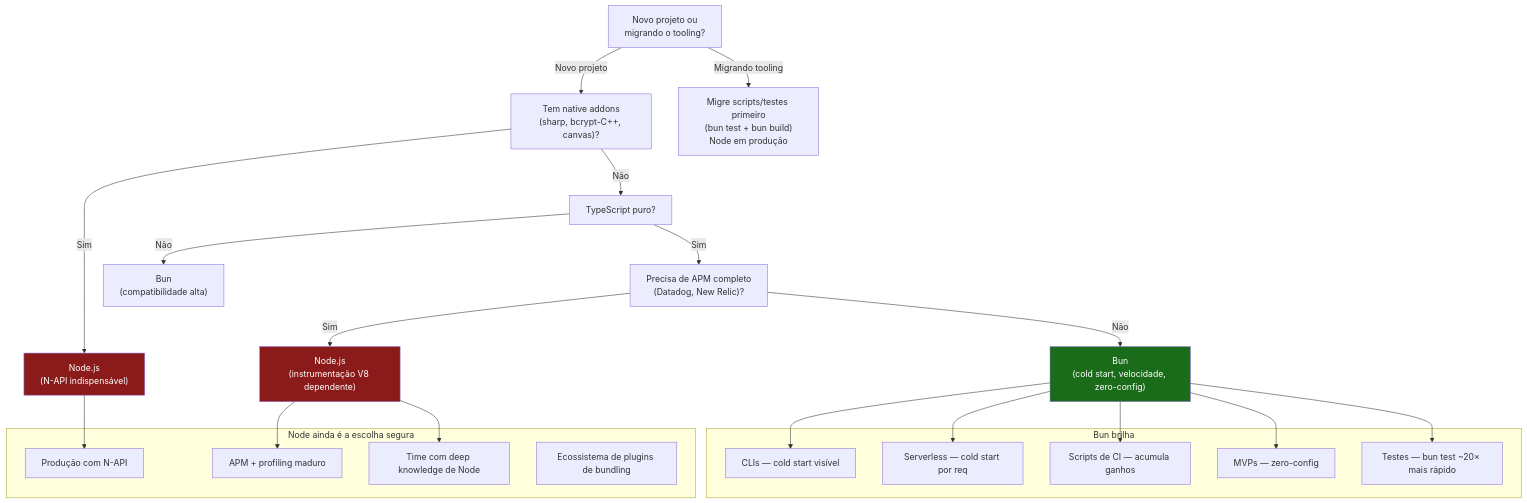
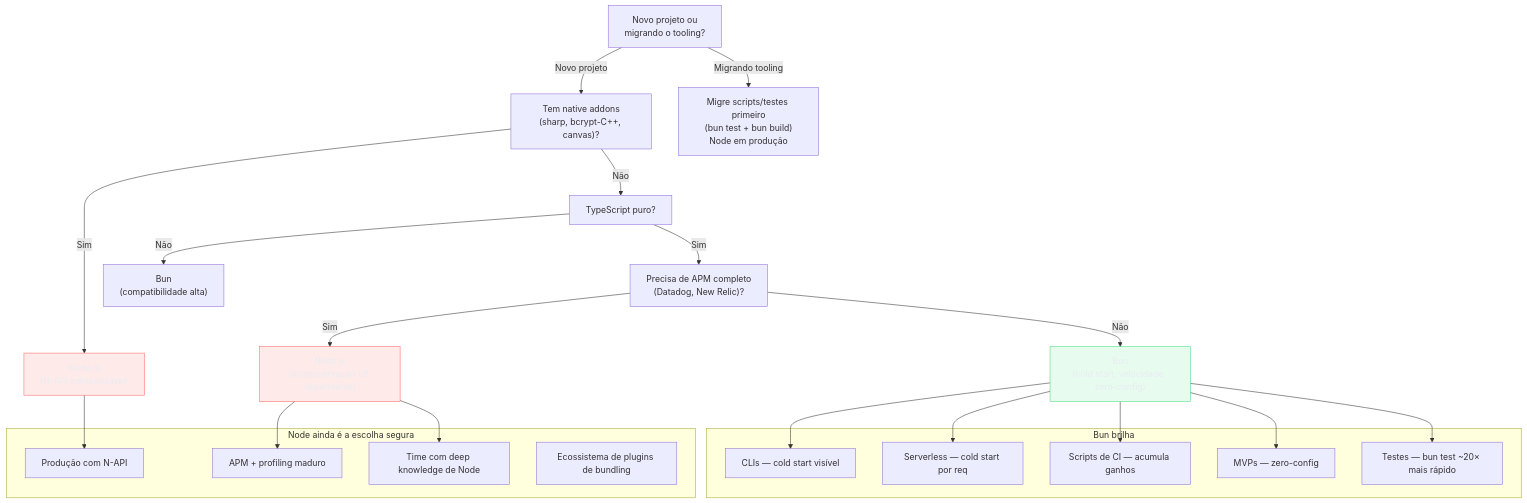
Before and after one commit to josenaldo/codex-technomanticus: the eighth of 8 diagrams in 03-Dominios/Tecnologia/Tooling e Build/20 - Bun como runtime e toolkit all-in-one.md, drawn with Mermaid. The commit also changed other lines of this file and 1181 other files, not shown here.

First line of the commit message:
fix(diagramas): paleta do sistema no lugar de cor cravada no markdown

````diff
--- a/03-Dominios/Tecnologia/Tooling e Build/20 - Bun como runtime e toolkit all-in-one.md
+++ b/03-Dominios/Tecnologia/Tooling e Build/20 - Bun como runtime e toolkit all-in-one.md
@@ -932,45 +934,47 @@
 ```mermaid
 flowchart TD
+    classDef ok fill:#4ADE8021,stroke:#4ADE80,color:#E9ECF2
+    classDef falha fill:#FF6B6B24,stroke:#FF6B6B,color:#E9ECF2
     A["Novo projeto ou\nmigrando o tooling?"]
 
     A -->|"Novo projeto"| B["Tem native addons\n(sharp, bcrypt-C++, canvas)?"]
     A -->|"Migrando tooling"| M["Migre scripts/testes primeiro\n(bun test + bun build)\nNode em produção"]
 
     B -->|"Sim"| C["Node.js\n(N-API indispensável)"]
     B -->|"Não"| D["TypeScript puro?"]
 
     D -->|"Sim"| E["Precisa de APM completo\n(Datadog, New Relic)?"]
     D -->|"Não"| F["Bun\n(compatibilidade alta)"]
 
     E -->|"Sim"| G["Node.js\n(instrumentação V8 dependente)"]
     E -->|"Não"| H["Bun\n(cold start, velocidade, zero-config)"]
 
     subgraph "Bun brilha"
         H1["CLIs — cold start visível"]
         H2["Serverless — cold start por req"]
         H3["Scripts de CI — acumula ganhos"]
         H4["MVPs — zero-config"]
         H5["Testes — bun test ~20× mais rápido"]
     end
 
     subgraph "Node ainda é a escolha segura"
         G1["Produção com N-API"]
         G2["APM + profiling maduro"]
         G3["Time com deep knowledge de Node"]
         G4["Ecossistema de plugins de bundling"]
     end
 
     H --> H1
     H --> H2
     H --> H3
     H --> H4
     H --> H5
 
     C --> G1
     G --> G2
     G --> G3
 
-    style H fill:#1a6b1a,color:#fff
-    style C fill:#8b1a1a,color:#fff
-    style G fill:#8b1a1a,color:#fff
+    class H ok
+    class C falha
+    class G falha
 ```
````
